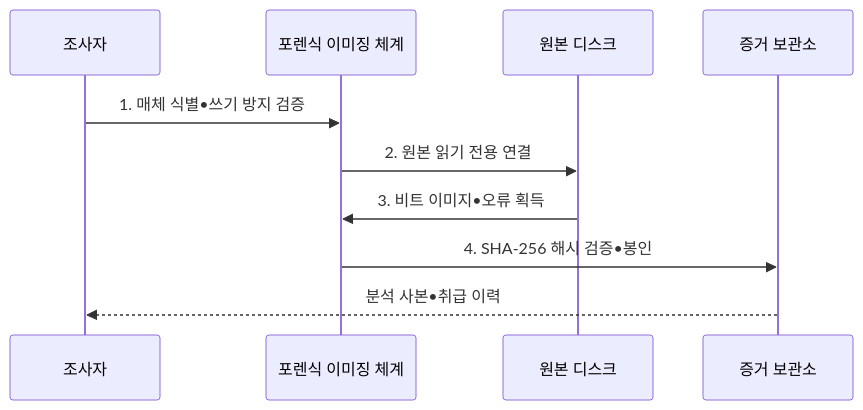
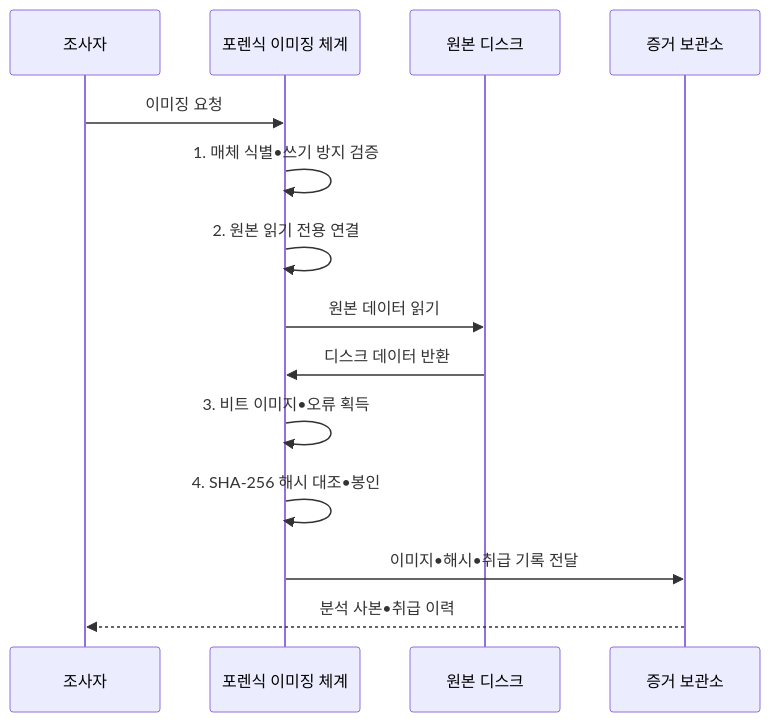
The second of 2 diagrams in src/content/docs/notes/05-security/116_disk_imaging_hash_integrity.md (agnusdei1207/knowledge-base), drawn with Mermaid before and after one commit. The commit also changed other lines of this file and 20 other files, not shown here.

````diff
--- a/src/content/docs/notes/05-security/116_disk_imaging_hash_integrity.md
+++ b/src/content/docs/notes/05-security/116_disk_imaging_hash_integrity.md
@@ -98,12 +98,16 @@
 ```mermaid
 sequenceDiagram
   participant I as 조사자
   participant A as 포렌식 이미징 체계
   participant D as 원본 디스크
   participant R as 증거 보관소
-  I->>A: 1. 매체 식별•쓰기 방지 검증
-  A->>D: 2. 원본 읽기 전용 연결
-  D->>A: 3. 비트 이미지•오류 획득
-  A->>R: 4. SHA-256 해시 검증•봉인
+  I->>A: 이미징 요청
+  A->>A: 1. 매체 식별•쓰기 방지 검증
+  A->>A: 2. 원본 읽기 전용 연결
+  A->>D: 원본 데이터 읽기
+  D->>A: 디스크 데이터 반환
+  A->>A: 3. 비트 이미지•오류 획득
+  A->>A: 4. SHA-256 해시 대조•봉인
+  A->>R: 이미지•해시•취급 기록 전달
   R-->>I: 분석 사본•취급 이력
 ```
````
